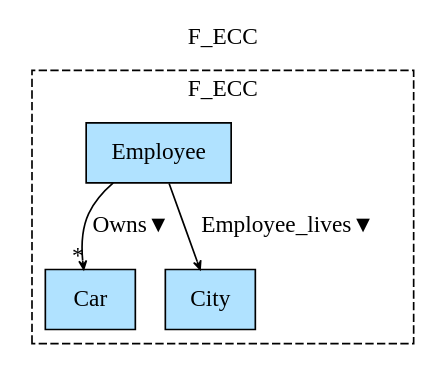
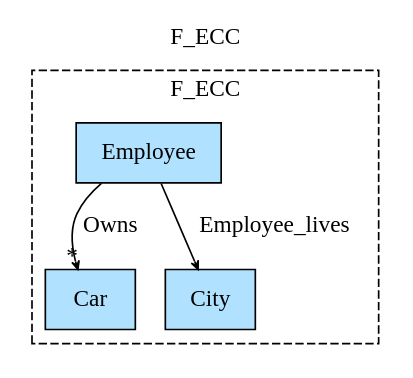
The diagram in Haskell/FragmentaTests/FrTests/img/F_ECC.gv (namalio/Fragmenta), drawn with Graphviz before and after one commit. The commit also changed 94 other files, not shown here.

```diff
--- a/Haskell/FragmentaTests/FrTests/img/F_ECC.gv
+++ b/Haskell/FragmentaTests/FrTests/img/F_ECC.gv
@@ -1,11 +1,11 @@
 digraph {graph[label=F_ECC,labelloc=tl,labelfontsize=12];
 subgraph cluster_F_ECC{style=dashed;label=F_ECC;
+"Car"[shape=record,fillcolor=lightskyblue1,style = filled,label="Car"];
 "Employee"[shape=record,fillcolor=lightskyblue1,style = filled,label="Employee"];
-"Car"[shape=record,fillcolor=lightskyblue1,style = filled,label="Car"];
 "City"[shape=record,fillcolor=lightskyblue1,style = filled,label="City"];
 
-"Employee"->"Car"[label="Owns▼",arrowhead=vee,headlabel="*",arrowsize=.5];
-"Employee"->"City"[label="Employee_lives▼",arrowhead=vee,headlabel="",arrowsize=.5];
+"Employee"->"Car"[label="Owns",arrowhead=vee,headlabel="*",arrowsize=.5];
+"Employee"->"City"[label="Employee_lives",arrowhead=vee,headlabel="",arrowsize=.5];
 
 }
 }
```
